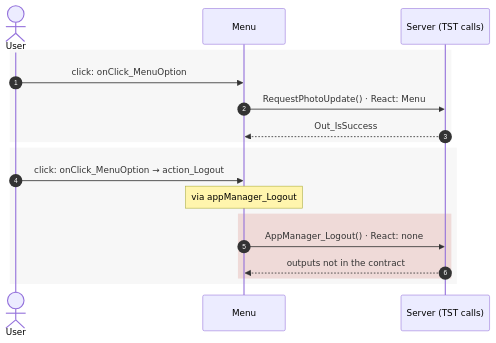
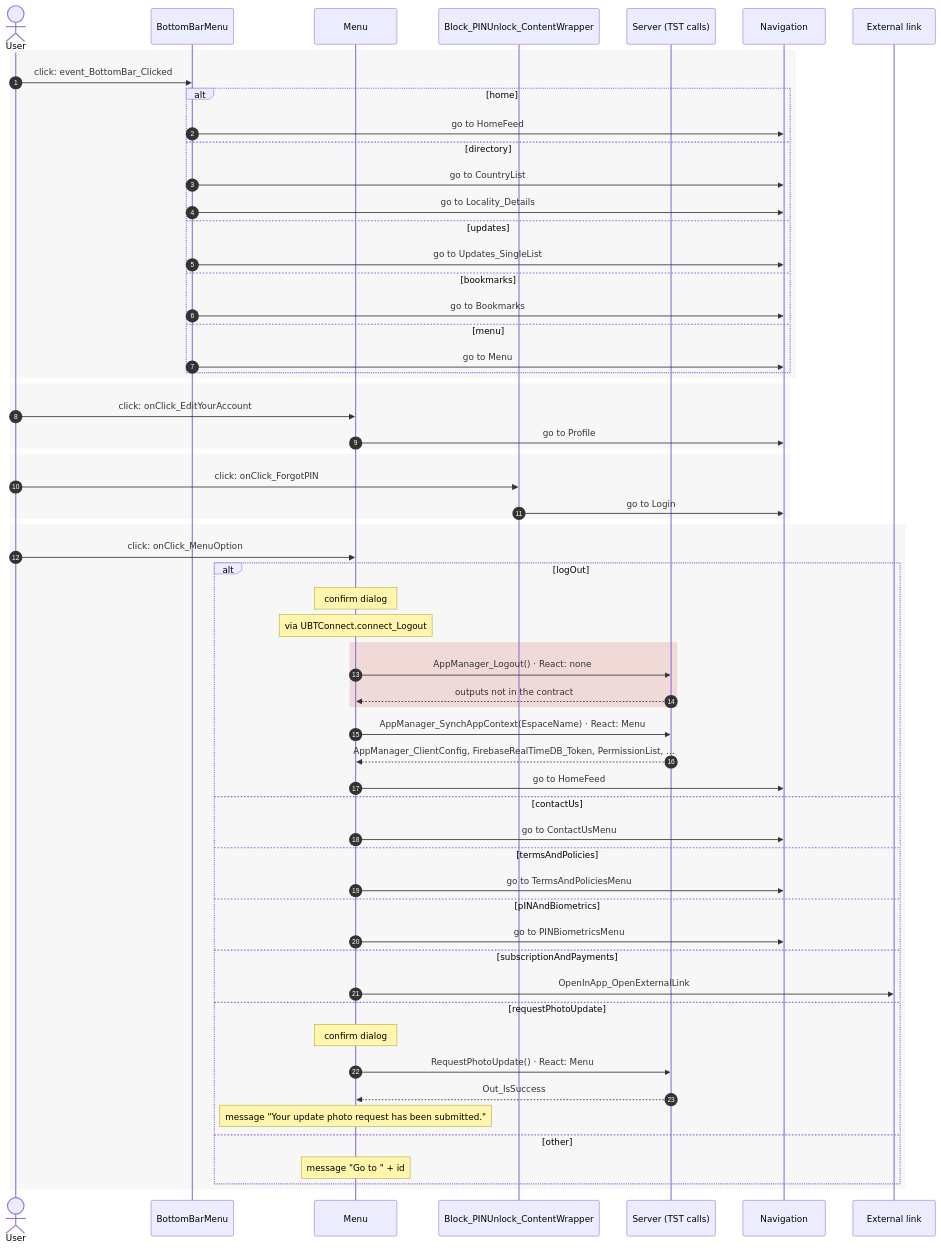
Before and after one commit to Phoenix-DX/connect-new-ui: the second of 2 diagrams in migration/route-actions/Menu.md, drawn with Mermaid. The commit also changed other lines of this file and 8 other files, not shown here.

Commit message:
route actions: data flow shows every user action with its effects (server calls, navigation, external links, messages, confirm dialogs) branch by branch from the TST code; four routes re-run

````diff
--- a/migration/route-actions/Menu.md
+++ b/migration/route-actions/Menu.md
@@ -153,20 +156,63 @@
 ```mermaid
 sequenceDiagram
   autonumber
   actor U as User
-  participant p0 as Menu
+  participant p0 as BottomBarMenu
+  participant p1 as Menu
+  participant p2 as Block_PINUnlock_ContentWrapper
   participant S as Server (TST calls)
+  participant N as Navigation
+  participant X as External link
   rect rgba(120, 120, 120, 0.06)
-  U->>p0: click: onClick_MenuOption
-  p0->>S: RequestPhotoUpdate() · React: Menu
-  S-->>p0: Out_IsSuccess
+  U->>p0: click: event_BottomBar_Clicked
+  alt home
+  p0->>N: go to HomeFeed
+  else directory
+  p0->>N: go to CountryList
+  p0->>N: go to Locality_Details
+  else updates
+  p0->>N: go to Updates_SingleList
+  else bookmarks
+  p0->>N: go to Bookmarks
+  else menu
+  p0->>N: go to Menu
+  end
   end
   rect rgba(120, 120, 120, 0.06)
-  U->>p0: click: onClick_MenuOption → action_Logout
-  Note over p0: via appManager_Logout
+  U->>p1: click: onClick_EditYourAccount
+  p1->>N: go to Profile
+  end
+  rect rgba(120, 120, 120, 0.06)
+  U->>p2: click: onClick_ForgotPIN
+  p2->>N: go to Login
+  end
+  rect rgba(120, 120, 120, 0.06)
+  U->>p1: click: onClick_MenuOption
+  alt logOut
+  Note over p1: confirm dialog
+  Note over p1: via UBTConnect.connect_Logout
   rect rgba(192, 57, 43, 0.15)
-  p0->>S: AppManager_Logout() · React: none
-  S-->>p0: outputs not in the contract
+  p1->>S: AppManager_Logout() · React: none
+  S-->>p1: outputs not in the contract
+  end
+  p1->>S: AppManager_SynchAppContext(EspaceName) · React: Menu
+  S-->>p1: AppManager_ClientConfig, FirebaseRealTimeDB_Token, PermissionList, …
+  p1->>N: go to HomeFeed
+  else contactUs
+  p1->>N: go to ContactUsMenu
+  else termsAndPolicies
+  p1->>N: go to TermsAndPoliciesMenu
+  else pINAndBiometrics
+  p1->>N: go to PINBiometricsMenu
+  else subscriptionAndPayments
+  p1->>X: OpenInApp_OpenExternalLink
+  else requestPhotoUpdate
+  Note over p1: confirm dialog
+  p1->>S: RequestPhotoUpdate() · React: Menu
+  S-->>p1: Out_IsSuccess
+  Note over p1: message "Your update photo request has been submitted."
+  else other
+  Note over p1: message "Go to " + id
   end
   end
 ```
````
